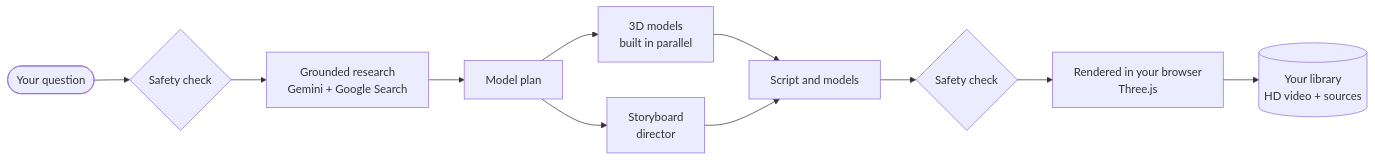
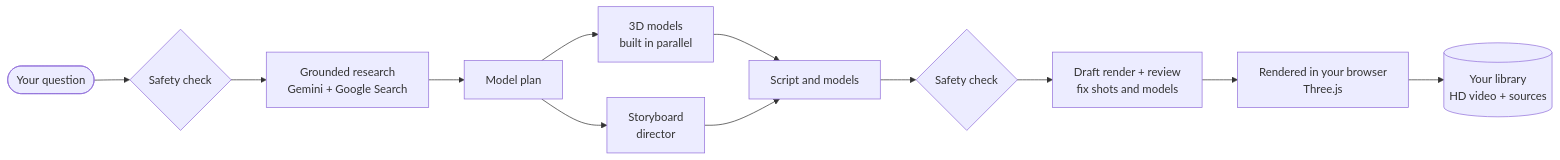
The diagram in README.md (Maxwell553/SBUHacks2026), drawn with Mermaid before and after one commit. The commit also changed other lines of this file and 84 other files, not shown here.

````diff
--- a/README.md
+++ b/README.md
@@ -70,13 +70,14 @@
 ```mermaid
 flowchart LR
     Q(["Your question"]) --> C1{"Safety check"}
     C1 --> R["Grounded research<br/>Gemini + Google Search"]
     R --> P["Model plan"]
     P --> B["3D models<br/>built in parallel"]
     P --> D["Storyboard<br/>director"]
     B --> S["Script and models"]
     D --> S
     S --> C2{"Safety check"}
-    C2 --> V["Rendered in your browser<br/>Three.js"]
+    C2 --> Q2["Draft render + review<br/>fix shots and models"]
+    Q2 --> V["Rendered in your browser<br/>Three.js"]
     V --> L[("Your library<br/>HD video + sources")]
 ```
````
